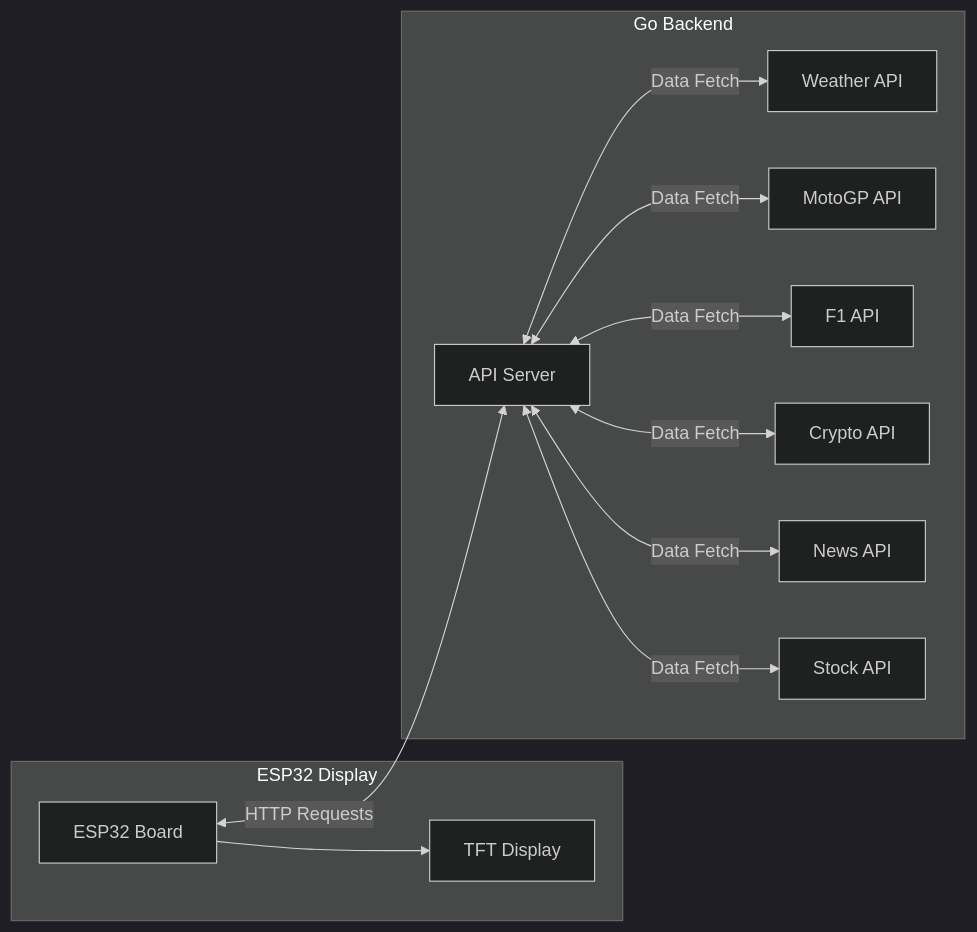
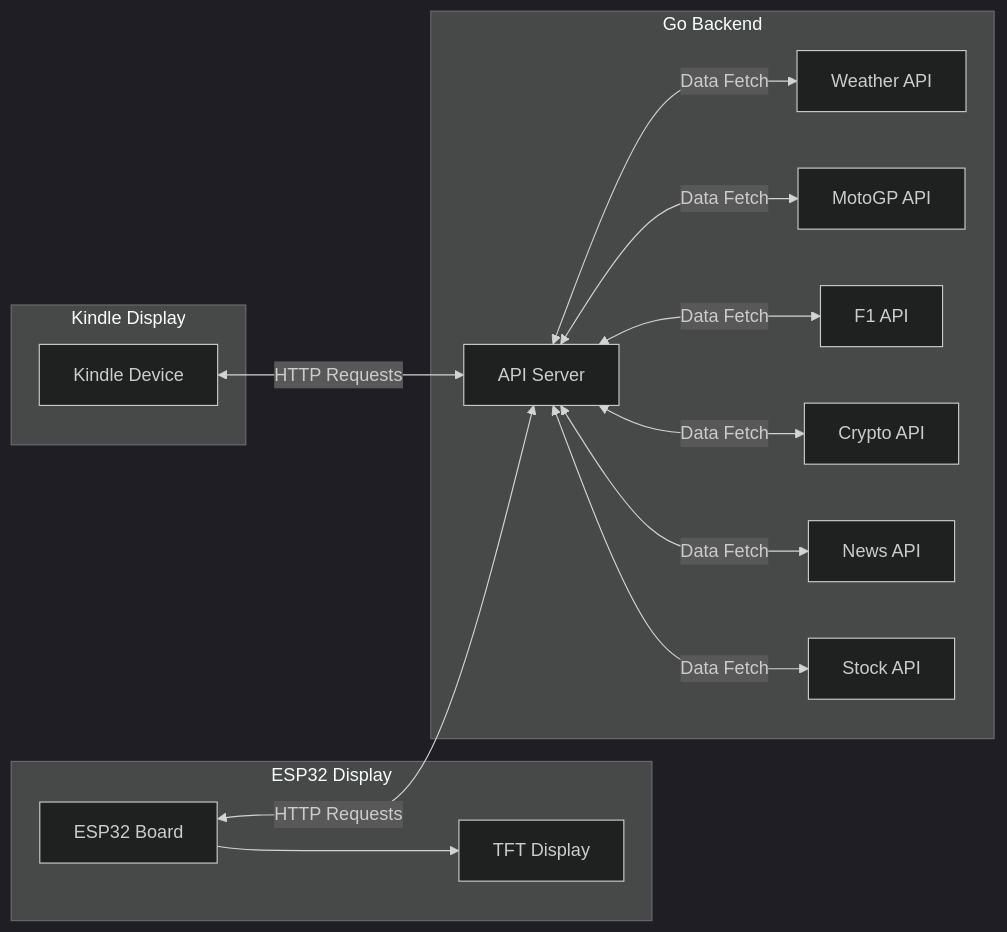
One commit to intothevoid/daysync changed the diagram in README.md. Above: the diagram before and after it, drawn with Mermaid (dark theme). The commit also changed other lines of this file and 12 other files, not shown here.

````diff
--- a/README.md
+++ b/README.md
@@ -7,26 +7,31 @@
 ```mermaid
 graph LR
     subgraph ESP32["ESP32 Display"]
         E[ESP32 Board]
         T[TFT Display]
         E --> T
+    end
+
+    subgraph Kindle["Kindle Display"]
+        K[Kindle Device]
     end
 
     subgraph Backend["Go Backend"]
         B[API Server]
         W[Weather API]
         M[MotoGP API]
         F[F1 API]
         C[Crypto API]
         N[News API]
         S[Stock API]
     end
 
     E <-->|HTTP Requests| B
+    K <-->|HTTP Requests| B
     B <-->|Data Fetch| W
     B <-->|Data Fetch| M
     B <-->|Data Fetch| F
     B <-->|Data Fetch| C
     B <-->|Data Fetch| N
     B <-->|Data Fetch| S
 ```
````
